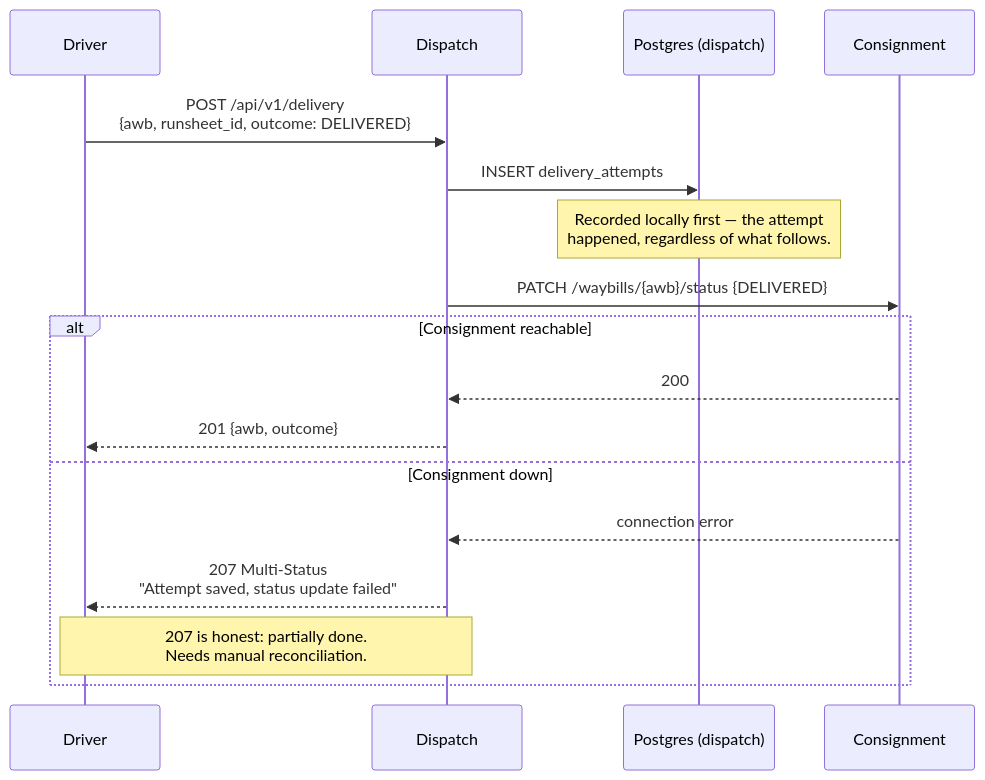
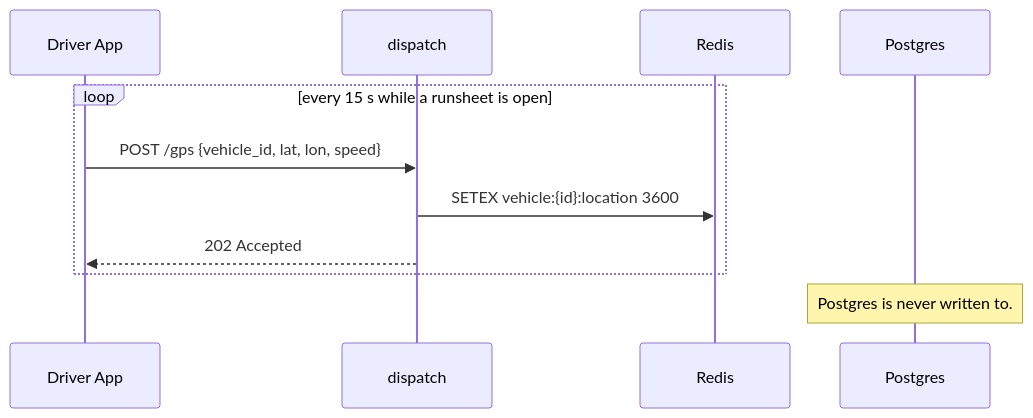
The ninth of 10 diagrams in docs/FleetPulse-Architecture.md (shashu775/fleetpulse), drawn with Mermaid before and after one commit. The commit also changed other lines of this file and 40 other files, not shown here.

````diff
--- a/docs/FleetPulse-Architecture.md
+++ b/docs/FleetPulse-Architecture.md
@@ -353,21 +383,14 @@
 ```mermaid
 sequenceDiagram
-    participant DR as Driver
-    participant D as Dispatch
-    participant PD as Postgres (dispatch)
-    participant C as Consignment
+    participant D as Driver App
+    participant DS as dispatch
+    participant R as Redis
+    participant P as Postgres
 
-    DR->>D: POST /api/v1/delivery<br/>{awb, runsheet_id, outcome: DELIVERED}
-    D->>PD: INSERT delivery_attempts
-    Note over PD: Recorded locally first — the attempt<br/>happened, regardless of what follows.
-    D->>C: PATCH /waybills/{awb}/status {DELIVERED}
-
-    alt Consignment reachable
-        C-->>D: 200
-        D-->>DR: 201 {awb, outcome}
-    else Consignment down
-        C-->>D: connection error
-        D-->>DR: 207 Multi-Status<br/>"Attempt saved, status update failed"
-        Note over D,DR: 207 is honest: partially done.<br/>Needs manual reconciliation.
+    loop every 15 s while a runsheet is open
+        D->>DS: POST /gps {vehicle_id, lat, lon, speed}
+        DS->>R: SETEX vehicle:{id}:location 3600
+        DS-->>D: 202 Accepted
     end
+    Note over P: Postgres is never written to.
 ```
````
